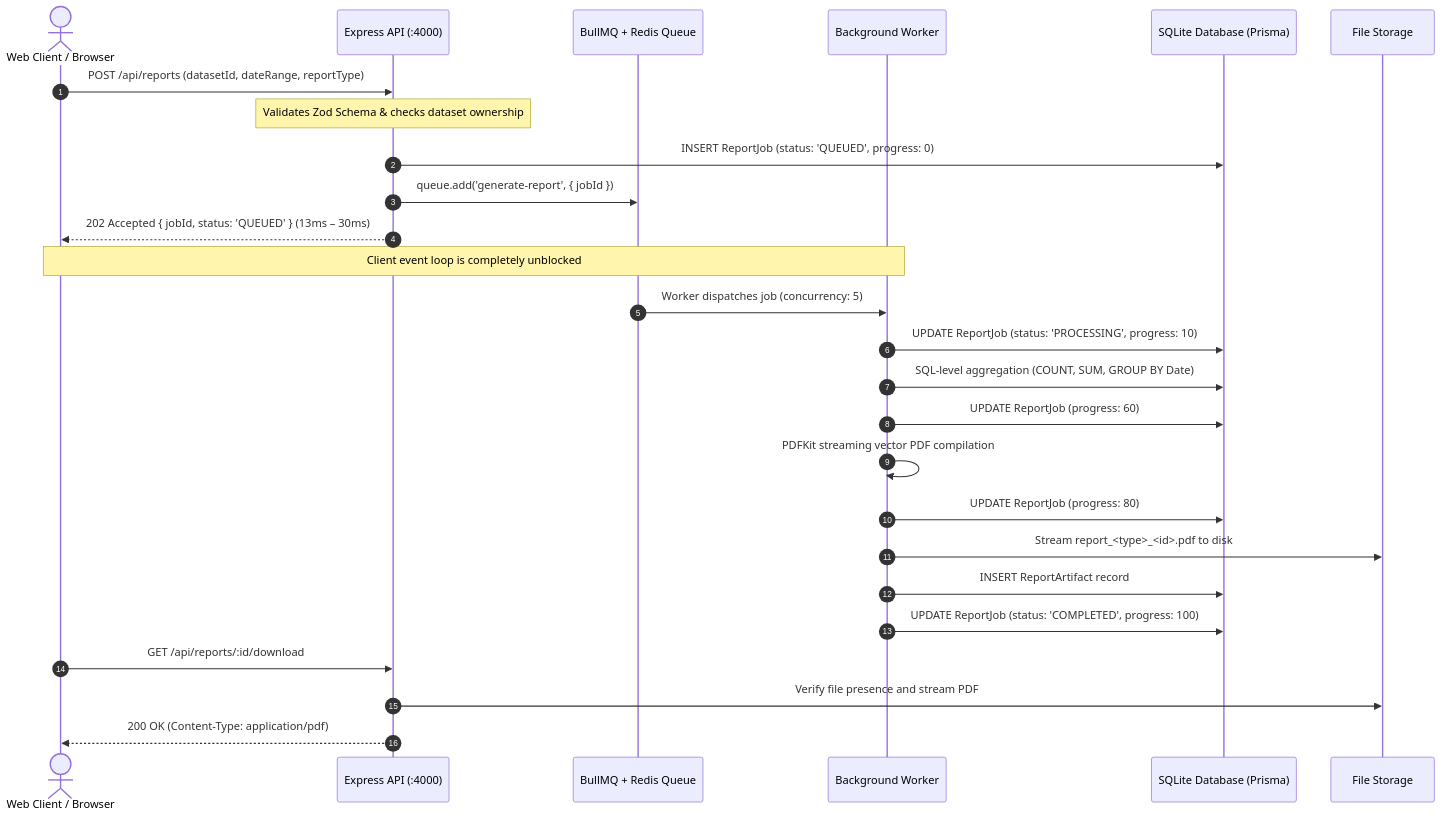
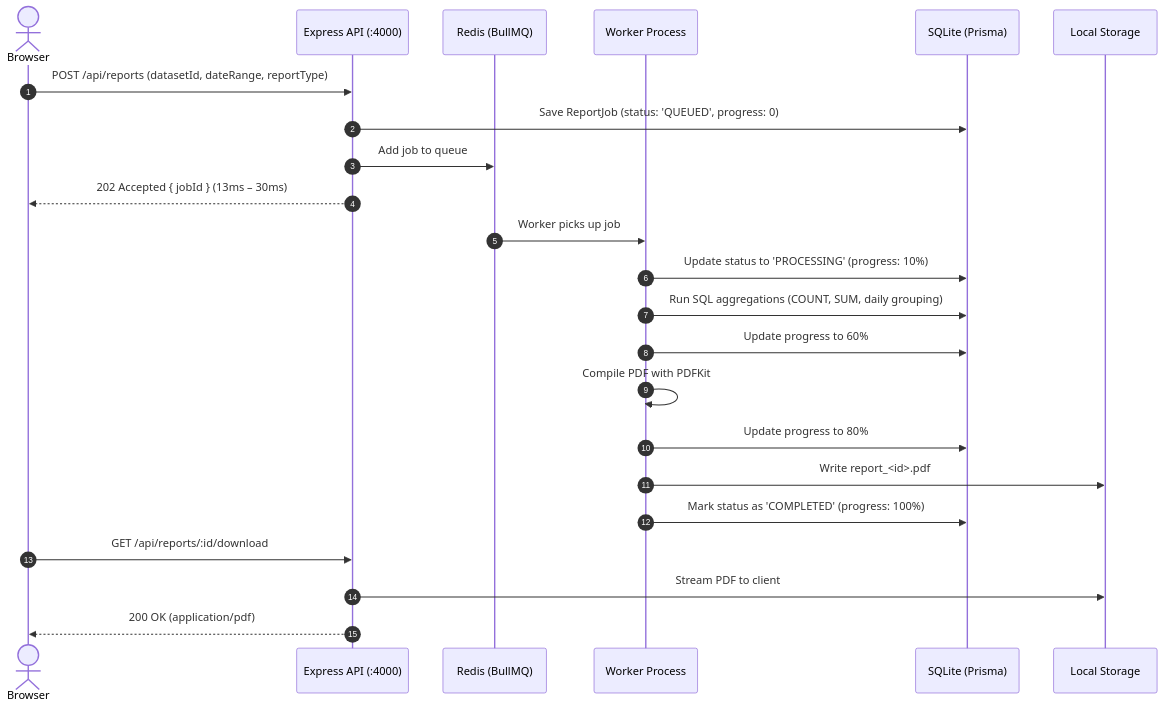
One commit to nareshchandu17/report-flow changed the diagram in README.md. Above: the diagram before and after it, drawn with Mermaid. The commit also changed other lines of this file, not shown here.

````diff
--- a/README.md
+++ b/README.md
@@ -92,32 +64,28 @@
 ```mermaid
 sequenceDiagram
     autonumber
-    actor Client as Web Client / Browser
+    actor Client as Browser
     participant API as Express API (:4000)
-    participant Redis as BullMQ + Redis Queue
-    participant Worker as Background Worker
-    participant DB as SQLite Database (Prisma)
-    participant Storage as File Storage
+    participant Redis as Redis (BullMQ)
+    participant Worker as Worker Process
+    participant DB as SQLite (Prisma)
+    participant Disk as Local Storage
 
     Client->>API: POST /api/reports (datasetId, dateRange, reportType)
-    Note over API: Validates Zod Schema & checks dataset ownership
-    API->>DB: INSERT ReportJob (status: 'QUEUED', progress: 0)
-    API->>Redis: queue.add('generate-report', { jobId })
-    API-->>Client: 202 Accepted { jobId, status: 'QUEUED' } (13ms – 30ms)
+    API->>DB: Save ReportJob (status: 'QUEUED', progress: 0)
+    API->>Redis: Add job to queue
+    API-->>Client: 202 Accepted { jobId } (13ms – 30ms)
 
-    Note over Client,Worker: Client event loop is completely unblocked
-
-    Redis->>Worker: Worker dispatches job (concurrency: 5)
-    Worker->>DB: UPDATE ReportJob (status: 'PROCESSING', progress: 10)
-    Worker->>DB: SQL-level aggregation (COUNT, SUM, GROUP BY Date)
-    Worker->>DB: UPDATE ReportJob (progress: 60)
-    Worker->>Worker: PDFKit streaming vector PDF compilation
-    Worker->>DB: UPDATE ReportJob (progress: 80)
-    Worker->>Storage: Stream report_<type>_<id>.pdf to disk
-    Worker->>DB: INSERT ReportArtifact record
-    Worker->>DB: UPDATE ReportJob (status: 'COMPLETED', progress: 100)
+    Redis->>Worker: Worker picks up job
+    Worker->>DB: Update status to 'PROCESSING' (progress: 10%)
+    Worker->>DB: Run SQL aggregations (COUNT, SUM, daily grouping)
+    Worker->>DB: Update progress to 60%
+    Worker->>Worker: Compile PDF with PDFKit
+    Worker->>DB: Update progress to 80%
+    Worker->>Disk: Write report_<id>.pdf
+    Worker->>DB: Mark status as 'COMPLETED' (progress: 100%)
 
     Client->>API: GET /api/reports/:id/download
-    API->>Storage: Verify file presence and stream PDF
-    API-->>Client: 200 OK (Content-Type: application/pdf)
+    API->>Disk: Stream PDF to client
+    API-->>Client: 200 OK (application/pdf)
 ```
````
